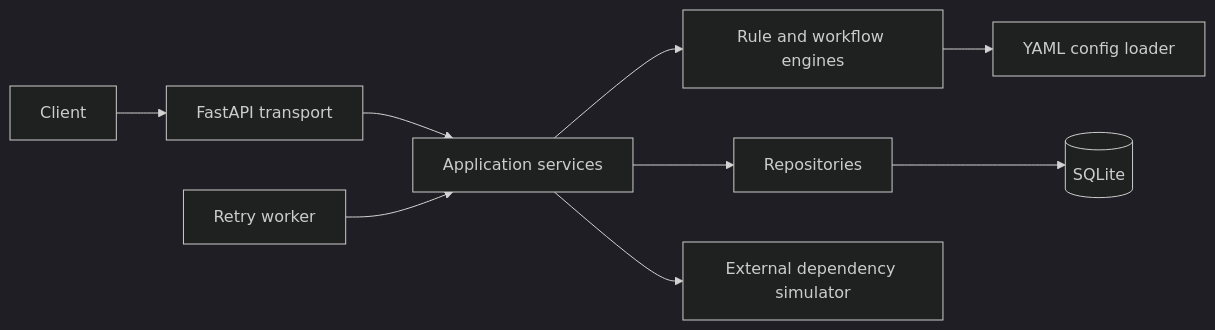
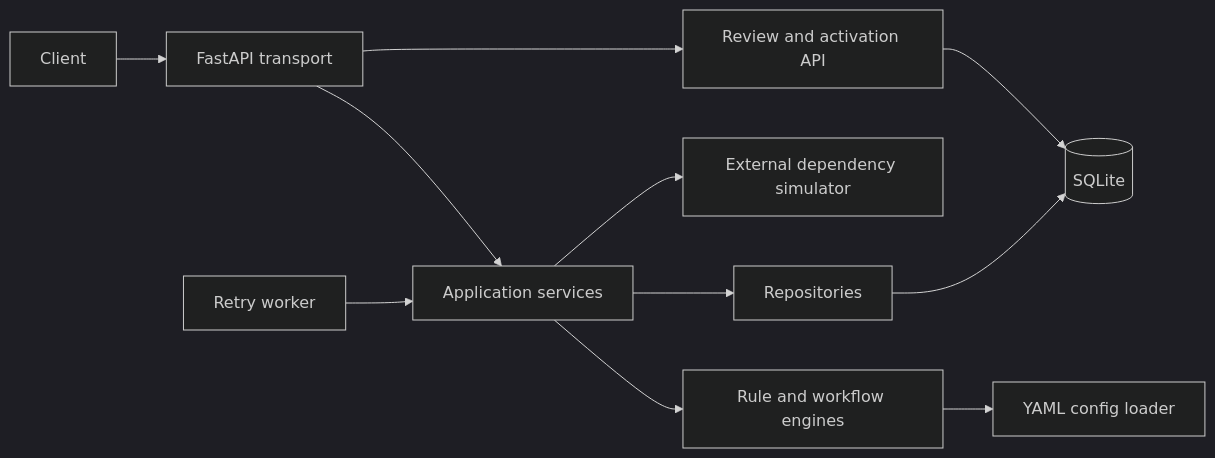
The diagram in docs/ARCHITECTURE.md (Ankit2515ry/flowguard-resilient-decision-system), drawn with Mermaid (dark theme) before and after one commit. The commit also changed other lines of this file and 22 other files, not shown here.

````diff
--- a/docs/ARCHITECTURE.md
+++ b/docs/ARCHITECTURE.md
@@ -8,11 +8,13 @@
 ```mermaid
 flowchart LR
   Client --> API[FastAPI transport]
   API --> Services[Application services]
+  API --> Admin[Review and activation API]
   Services --> Engine[Rule and workflow engines]
   Services --> Repos[Repositories]
   Engine --> Config[YAML config loader]
   Services --> Adapter[External dependency simulator]
   Repos --> DB[(SQLite)]
+  Admin --> DB
   Worker[Retry worker] --> Services
 ```
````
